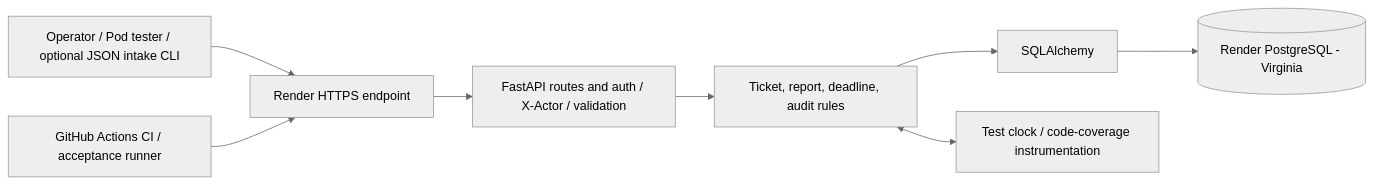
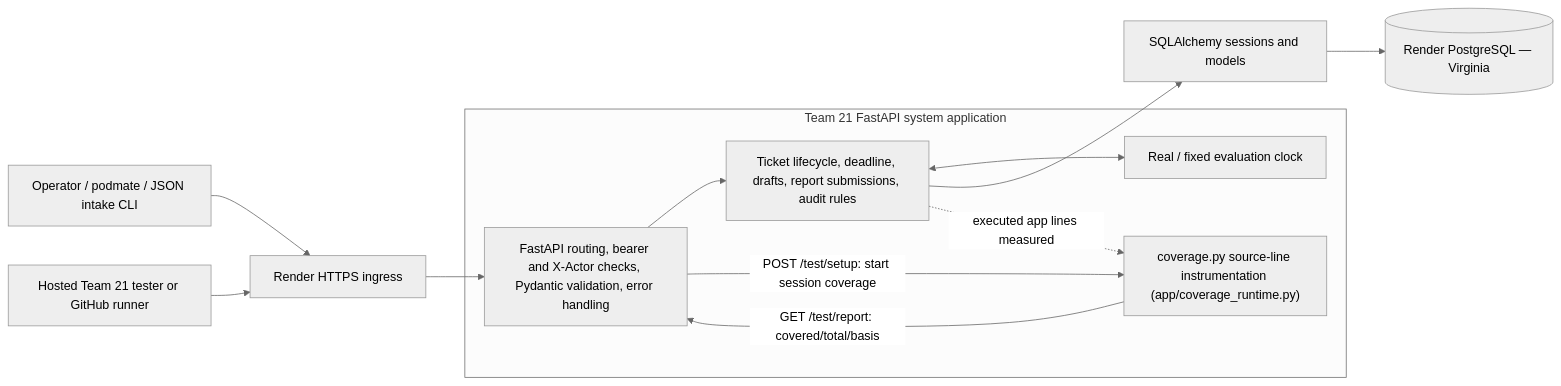
The third of 3 diagrams in docs/phase5-models.md (WConrad44/cra-reporting-service), drawn with Mermaid (neutral theme) before and after one commit. The commit also changed other lines of this file, not shown here.

Commit message:
Complete Phase 5 ER columns and show integrated FastAPI validation with coverage instrumentation

````diff
--- a/docs/phase5-models.md
+++ b/docs/phase5-models.md
@@ -83,10 +97,19 @@
 ```mermaid
 flowchart LR
-    A["Operator / Pod tester / optional JSON intake CLI"] --> B["Render HTTPS endpoint"]
-    B --> C["FastAPI routes and auth / X-Actor / validation"]
-    C --> D["Ticket, report, deadline, audit rules"]
-    D --> E["SQLAlchemy"]
-    E --> F[("Render PostgreSQL - Virginia")]
-    D <--> G["Test clock / code-coverage instrumentation"]
-    H["GitHub Actions CI / acceptance runner"] --> B
+    Clients["Operator / podmate / JSON intake CLI"] --> HTTPS["Render HTTPS ingress"]
+    HostedTester["Hosted Team 21 tester or GitHub runner"] --> HTTPS
+    subgraph App["Team 21 FastAPI system application"]
+        Entry["FastAPI routing, bearer and X-Actor checks, Pydantic validation, error handling"]
+        Rules["Ticket lifecycle, deadline, drafts, report submissions, audit rules"]
+        Clock["Real / fixed evaluation clock"]
+        Coverage["coverage.py source-line instrumentation (app/coverage_runtime.py)"]
+        Entry --> Rules
+        Rules <--> Clock
+    end
+    HTTPS --> Entry
+    Rules --> ORM["SQLAlchemy sessions and models"]
+    ORM --> DB[("Render PostgreSQL — Virginia")]
+    Entry -->|"POST /test/setup: start session coverage"| Coverage
+    Rules -.->|"executed app lines measured"| Coverage
+    Coverage -->|"GET /test/report: covered/total/basis"| Entry
 ```
````
